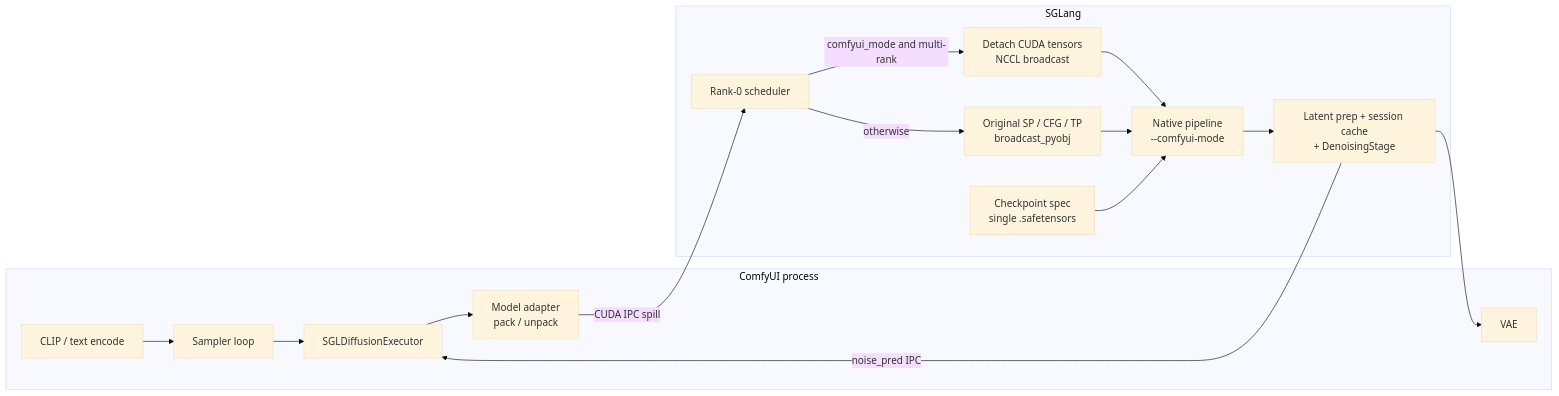
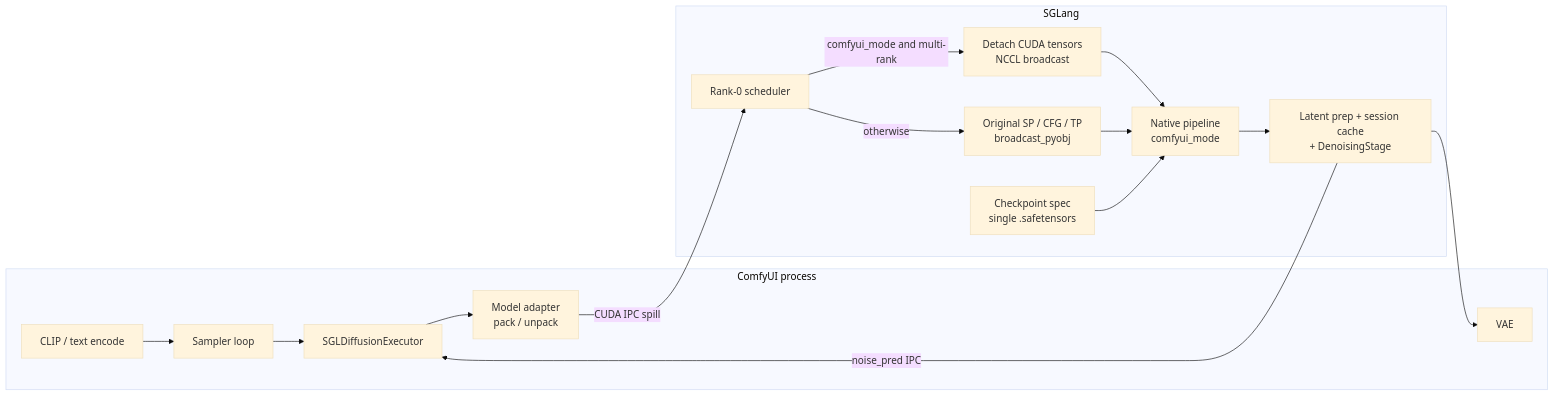
One commit to sgl-project/sglang changed the diagram in python/sglang/multimodal_gen/apps/ComfyUI_SGLDiffusion/README.md. Above: the diagram before and after it, drawn with Mermaid (base theme). The commit also changed other lines of this file and 29 other files, not shown here.

````diff
--- a/python/sglang/multimodal_gen/apps/ComfyUI_SGLDiffusion/README.md
+++ b/python/sglang/multimodal_gen/apps/ComfyUI_SGLDiffusion/README.md
@@ -190,28 +196,28 @@
 ```mermaid
 flowchart LR
   subgraph comfy [ComfyUI process]
     CLIP[CLIP / text encode]
     VAE[VAE]
     SAMPLER[Sampler loop]
     EXEC["SGLDiffusionExecutor"]
     ADAPT["Model adapter<br/>pack / unpack"]
     CLIP --> SAMPLER
     SAMPLER --> EXEC --> ADAPT
   end
 
   ADAPT -->|CUDA IPC spill| R0
 
   subgraph sgl [SGLang]
     R0[Rank-0 scheduler]
     R0 -->|comfyui_mode and multi-rank| NCCL["Detach CUDA tensors<br/>NCCL broadcast"]
     R0 -->|otherwise| PYO["Original SP / CFG / TP<br/>broadcast_pyobj"]
     NCCL --> PIPE
     PYO --> PIPE
-    PIPE["Native pipeline<br/>--comfyui-mode"]
+    PIPE["Native pipeline<br/>comfyui_mode"]
     SPEC["Checkpoint spec<br/>single .safetensors"] --> PIPE
     PIPE --> STAGE["Latent prep + session cache<br/>+ DenoisingStage"]
   end
 
   STAGE -->|noise_pred IPC| EXEC
   STAGE --> VAE
 ```
````
